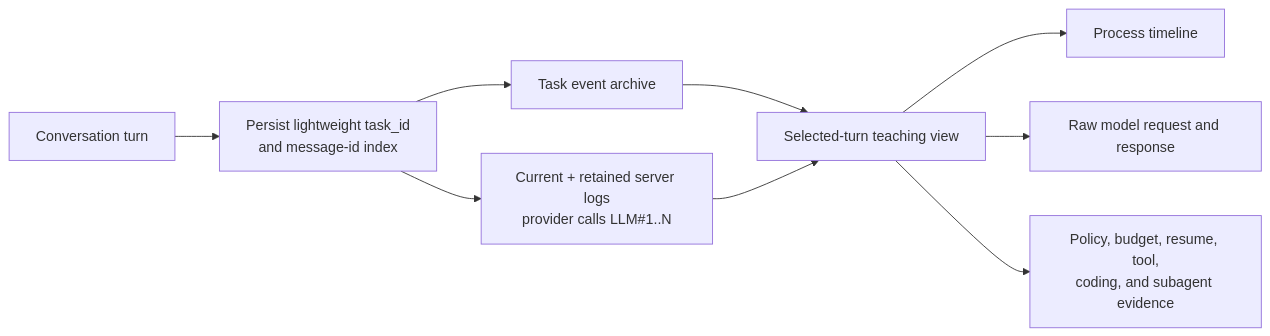
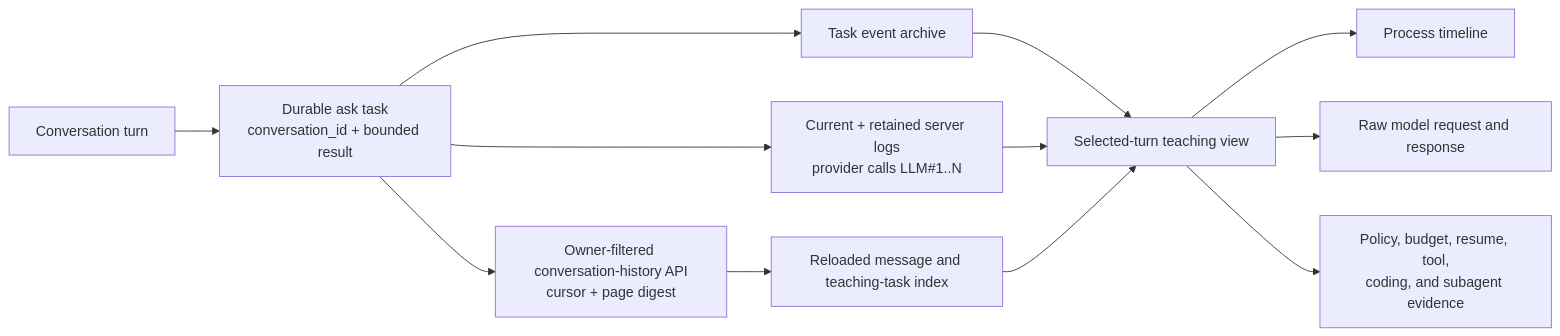
One commit to MatrixCoreX/RustClaw changed the third of 3 diagrams in docs/architecture/04-coding-observability.md. Above: the diagram before and after it, drawn with Mermaid. The commit also changed other lines of this file and 332 other files, not shown here.

````diff
--- a/docs/architecture/04-coding-observability.md
+++ b/docs/architecture/04-coding-observability.md
@@ -70,11 +71,14 @@
 ```mermaid
 flowchart LR
-    A[Conversation turn] --> B[Persist lightweight task_id<br/>and message-id index]
-    B --> C[Task event archive]
-    B --> D[Current + retained server logs<br/>provider calls LLM#1..N]
-    C --> E[Selected-turn teaching view]
-    D --> E
-    E --> F[Process timeline]
-    E --> G[Raw model request and response]
-    E --> H[Policy, budget, resume, tool,<br/>coding, and subagent evidence]
+    A[Conversation turn] --> B[Durable ask task<br/>conversation_id + bounded result]
+    B --> C[Owner-filtered conversation-history API<br/>cursor + page digest]
+    B --> D[Task event archive]
+    B --> E[Current + retained server logs<br/>provider calls LLM#1..N]
+    C --> F[Reloaded message and teaching-task index]
+    D --> G[Selected-turn teaching view]
+    E --> G
+    F --> G
+    G --> H[Process timeline]
+    G --> I[Raw model request and response]
+    G --> J[Policy, budget, resume, tool,<br/>coding, and subagent evidence]
 ```
````
